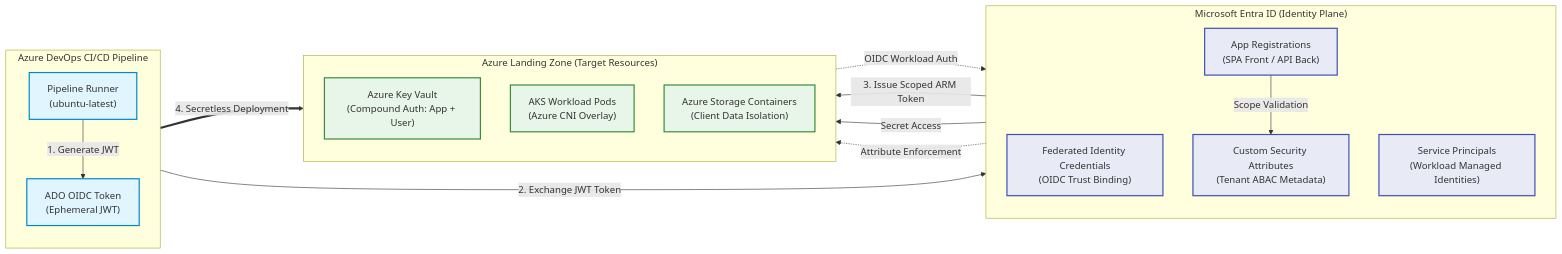
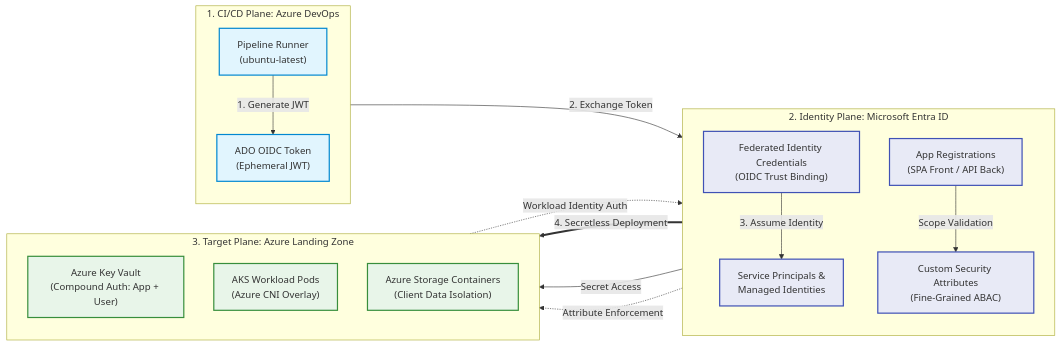
The fifth of 6 diagrams in README.md (nubenetes/terraform-azure-devops-agentic), drawn with Mermaid before and after one commit. The commit also changed other lines of this file, not shown here.

Commit message:
docs: streamline State Boundary, Identity Plane and Atlas diagrams to eliminate crossing lines and text collisions

````diff
--- a/README.md
+++ b/README.md
@@ -599,40 +590,40 @@
 ```mermaid
 flowchart LR
     classDef entra fill:#e8eaf6,stroke:#3f51b5,stroke-width:2px;
     classDef ado fill:#e1f5fe,stroke:#0288d1,stroke-width:2px;
     classDef azure fill:#e8f5e9,stroke:#388e3c,stroke-width:2px;
 
-    subgraph ADO_Pipeline ["Azure DevOps CI/CD Pipeline"]
+    subgraph ADO_Pipeline ["1. CI/CD Plane: Azure DevOps"]
         direction TB
         Agent["Pipeline Runner<br/>(ubuntu-latest)"]
         OIDCToken["ADO OIDC Token<br/>(Ephemeral JWT)"]
         Agent -->|"1. Generate JWT"| OIDCToken
     end
 
-    subgraph Entra ["Microsoft Entra ID (Identity Plane)"]
+    subgraph Entra ["2. Identity Plane: Microsoft Entra ID"]
         direction TB
         FedCred["Federated Identity Credentials<br/>(OIDC Trust Binding)"]
-        SP["Service Principals<br/>(Workload Managed Identities)"]
+        SP["Service Principals &<br/>Managed Identities"]
         AppReg["App Registrations<br/>(SPA Front / API Back)"]
-        CSA["Custom Security Attributes<br/>(Tenant ABAC Metadata)"]
+        CSA["Custom Security Attributes<br/>(Fine-Grained ABAC)"]
+        FedCred -->|"3. Assume Identity"| SP
         AppReg -->|"Scope Validation"| CSA
     end
 
-    subgraph Azure_Resources ["Azure Landing Zone (Target Resources)"]
+    subgraph Azure_Resources ["3. Target Plane: Azure Landing Zone"]
         direction TB
         AKV["Azure Key Vault<br/>(Compound Auth: App + User)"]
         AKS_Pod["AKS Workload Pods<br/>(Azure CNI Overlay)"]
         Blob["Azure Storage Containers<br/>(Client Data Isolation)"]
     end
 
-    OIDCToken -->|"2. Exchange JWT Token"| FedCred
-    FedCred -->|"3. Issue Scoped ARM Token"| AKV
-    Agent ==>|"4. Secretless Deployment"| AKV
-    AKS_Pod -.->|"OIDC Workload Auth"| SP
+    OIDCToken -->|"2. Exchange Token"| FedCred
+    SP ==>|"4. Secretless Deployment"| AKV
+    AKS_Pod -.->|"Workload Identity Auth"| SP
     SP -->|"Secret Access"| AKV
     CSA -.->|"Attribute Enforcement"| Blob
 
     class FedCred,SP,AppReg,CSA entra;
     class Agent,OIDCToken ado;
     class AKS_Pod,AKV,Blob azure;
 ```
````
